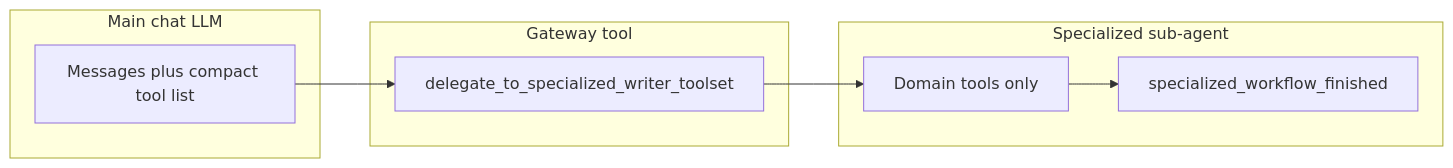
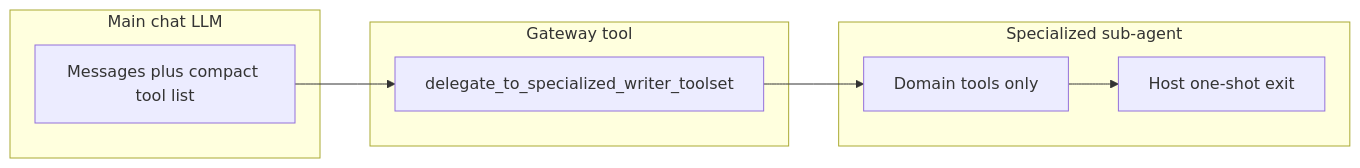
The diagram in docs/writer/specialized-toolsets.md (KeithCu/localwriter), drawn with Mermaid before and after one commit. The commit also changed other lines of this file and 30 other files, not shown here.

First line of the commit message:
Host-exit specialize after accepted peer send; hide finish tool.

````diff
--- a/docs/writer/specialized-toolsets.md
+++ b/docs/writer/specialized-toolsets.md
@@ -185,16 +185,16 @@
 ```mermaid
 flowchart LR
   subgraph main [Main chat LLM]
     M[Messages plus compact tool list]
   end
   subgraph gateway [Gateway tool]
     D[delegate_to_specialized_writer_toolset]
   end
   subgraph sub [Specialized sub-agent]
     T[Domain tools only]
-    F[specialized_workflow_finished]
+    H[Host one-shot exit]
   end
   M --> D
   D --> T
-  T --> F
+  T --> H
 ```
````
